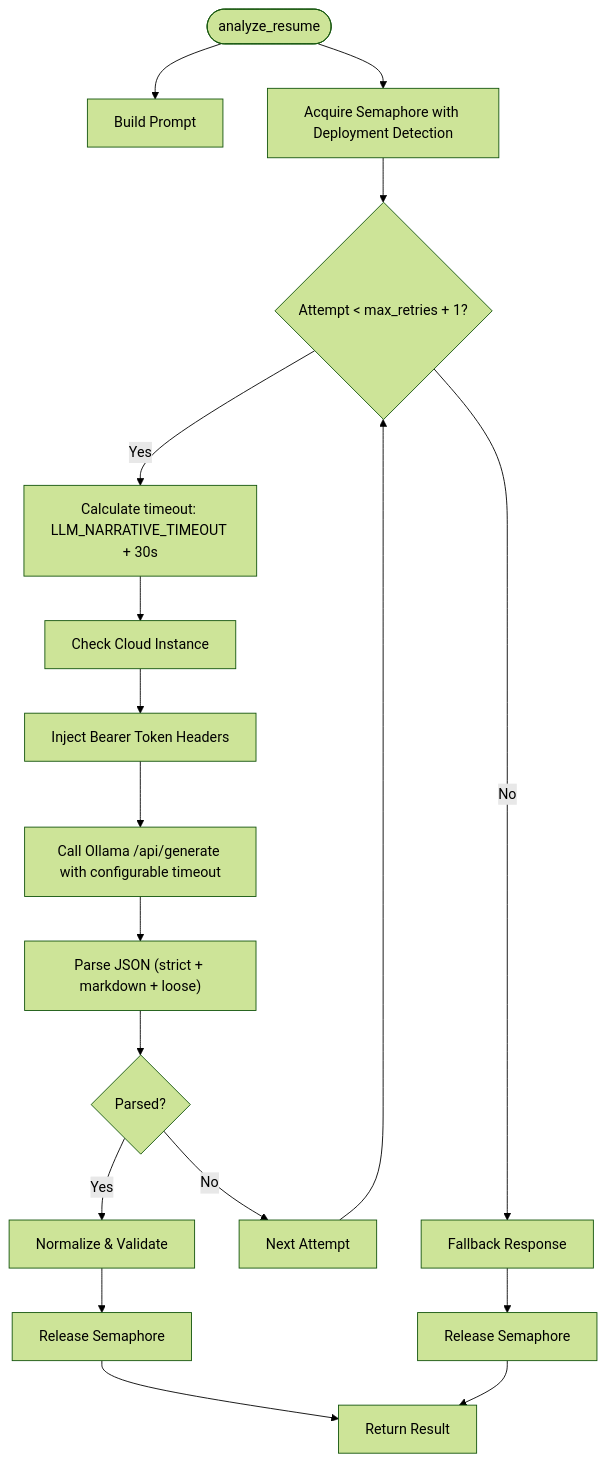
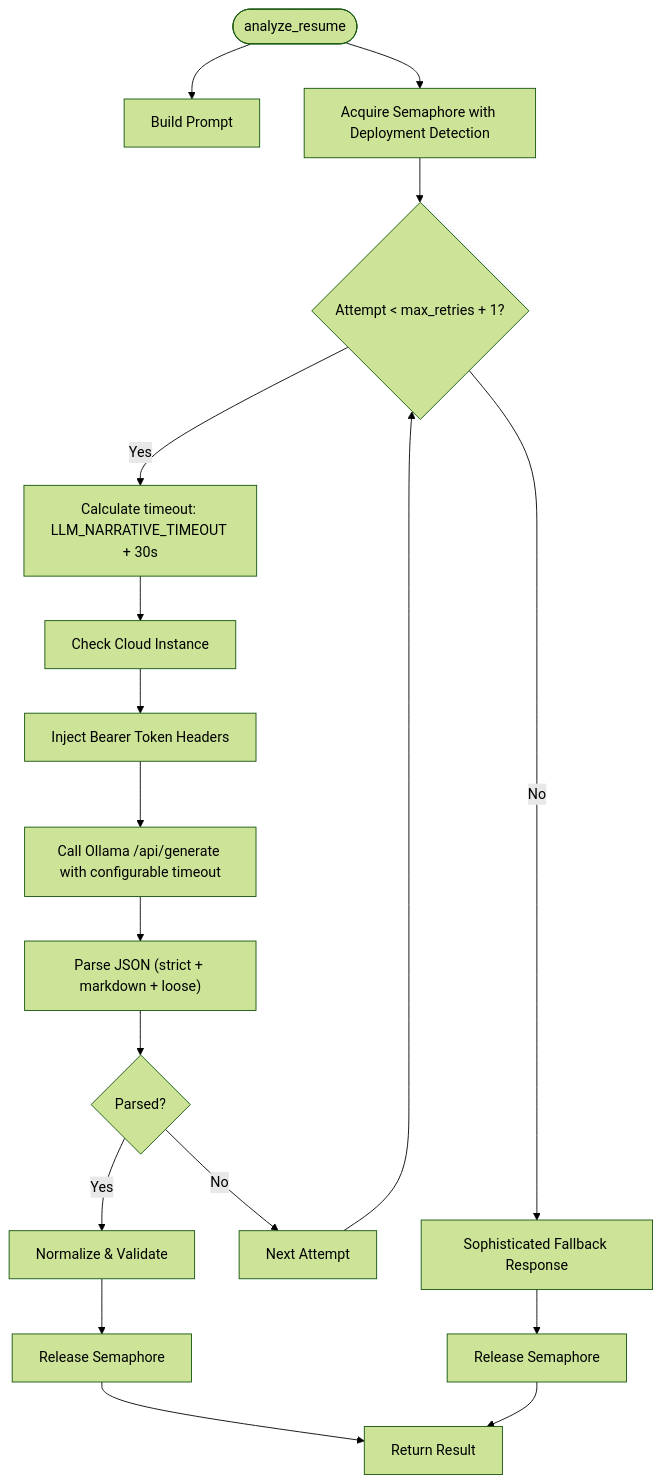
Before and after one commit to Revanththetalogics/aireume: diagram 11 of 21 in .qoder/repowiki/en/content/Analysis Engine/LLM Service Integration.md, drawn with Mermaid (forest theme). The commit also changed other lines of this file and 7 other files, not shown here.

````diff
--- a/.qoder/repowiki/en/content/Analysis Engine/LLM Service Integration.md
+++ b/.qoder/repowiki/en/content/Analysis Engine/LLM Service Integration.md
@@ -574,20 +694,20 @@
 ```mermaid
 flowchart TD
 Start(["analyze_resume"]) --> Build["Build Prompt"]
 Start --> Semaphore["Acquire Semaphore with Deployment Detection"]
 Semaphore --> RetryLoop{"Attempt < max_retries + 1?"}
 RetryLoop --> |Yes| GetTimeout["Calculate timeout: LLM_NARRATIVE_TIMEOUT + 30s"]
 GetTimeout --> CloudCheck["Check Cloud Instance"]
 CloudCheck --> InjectHeaders["Inject Bearer Token Headers"]
 InjectHeaders --> Call["Call Ollama /api/generate with configurable timeout"]
 Call --> Parse["Parse JSON (strict + markdown + loose)"]
 Parse --> Valid{"Parsed?"}
 Valid --> |Yes| Normalize["Normalize & Validate"]
 Normalize --> Release["Release Semaphore"]
 Release --> Return["Return Result"]
 Valid --> |No| NextAttempt["Next Attempt"]
 NextAttempt --> RetryLoop
-RetryLoop --> |No| Fallback["Fallback Response"]
+RetryLoop --> |No| Fallback["Sophisticated Fallback Response"]
 Fallback --> Release2["Release Semaphore"]
 Release2 --> Return
 ```
````
